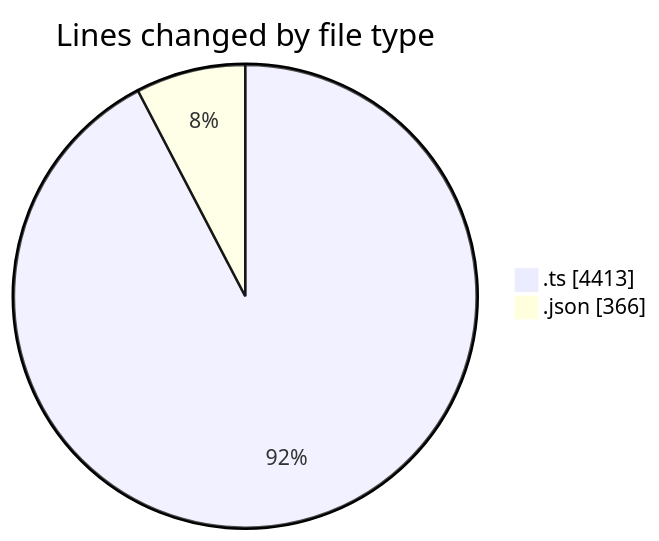
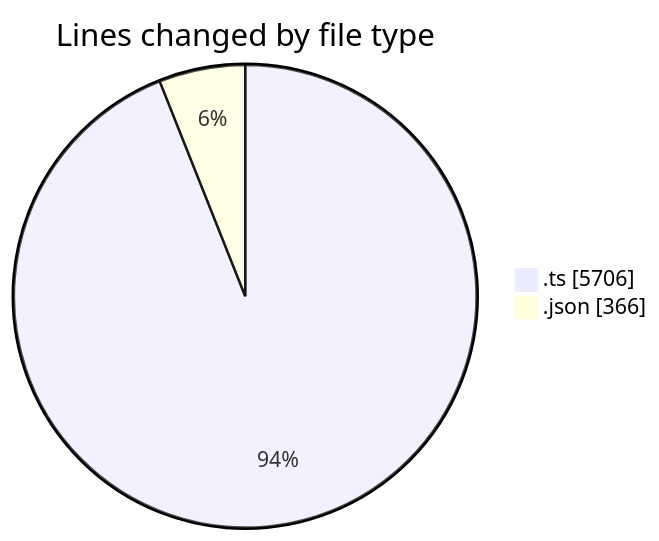
Before and after one commit to momahboobian/code-tracking: the first of 2 diagrams in 2025-10-27/cda/README.md, drawn with Mermaid. The commit also changed other lines of this file and 1 other file, not shown here.

````diff
--- a/2025-10-27/cda/README.md
+++ b/2025-10-27/cda/README.md
@@ -26,6 +26,6 @@
 ```mermaid
 pie showData
 title Lines changed by file type
-".ts" : 4413
+".ts" : 5706
 ".json" : 366
 ```
````
